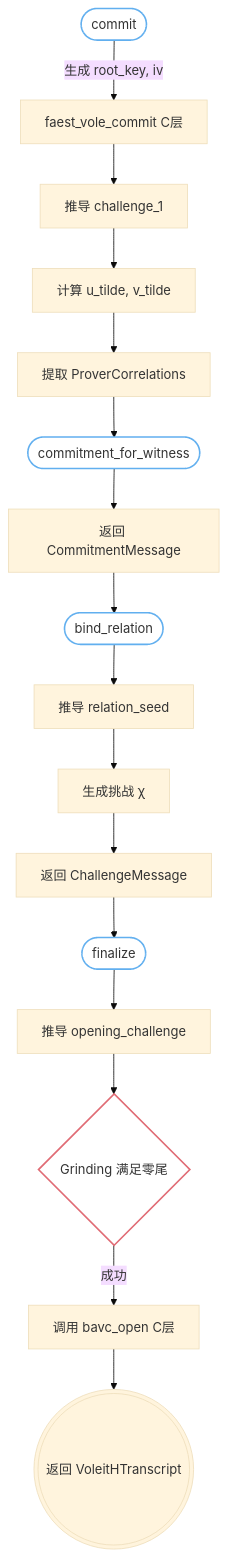
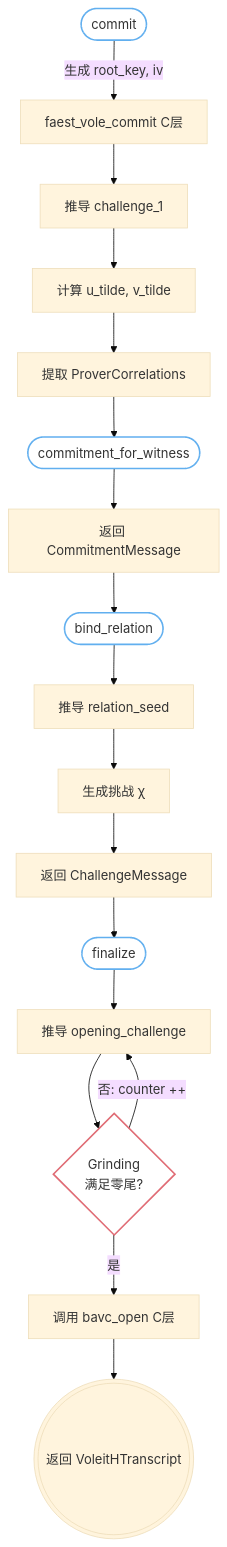
Before and after one commit to coperlm/CodeBasedZKPwithVOLEitH_README: the first of 3 diagrams in src/3_VOLEitH状态机与FFI.md, drawn with Mermaid (base theme). The commit also changed other lines of this file, not shown here.

Commit message:
修复mermaid

````diff
--- a/src/3_VOLEitH状态机与FFI.md
+++ b/src/3_VOLEitH状态机与FFI.md
@@ -246,27 +246,29 @@
 ```mermaid
 graph TD
     A([commit]) -->|生成 root_key, iv| B[faest_vole_commit C层]
     B --> C[推导 challenge_1]
     C --> D[计算 u_tilde, v_tilde]
     D --> E[提取 ProverCorrelations]
     
     E --> F([commitment_for_witness])
     F --> G[返回 CommitmentMessage]
     
     G --> H([bind_relation])
     H --> I[推导 relation_seed]
     I --> J[生成挑战 χ]
     J --> K[返回 ChallengeMessage]
     
     K --> L([finalize])
     L --> M[推导 opening_challenge]
-    M --> N{Grinding 满足零尾}
-    N -->|成功| O[调用 bavc_open C层]
+    
+    M --> N{Grinding<br/>满足零尾?}
+    N -->|否: counter ++| M
+    N -->|是| O[调用 bavc_open C层]
     O --> P(((返回 VoleitHTranscript)))
 
     style A fill:none,stroke:#61afef,stroke-width:2px
     style F fill:none,stroke:#61afef,stroke-width:2px
     style H fill:none,stroke:#61afef,stroke-width:2px
     style L fill:none,stroke:#61afef,stroke-width:2px
     style N fill:none,stroke:#e06c75,stroke-width:2px
 ```
````
